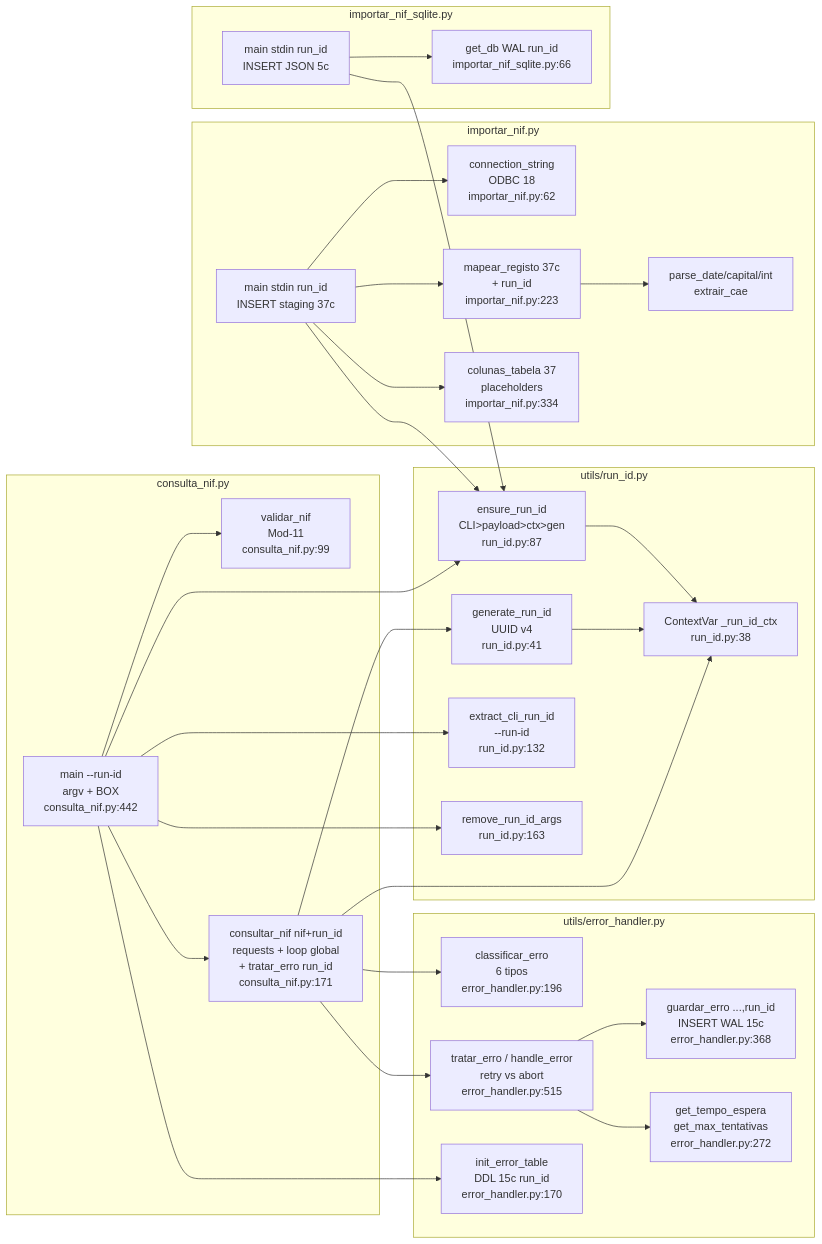
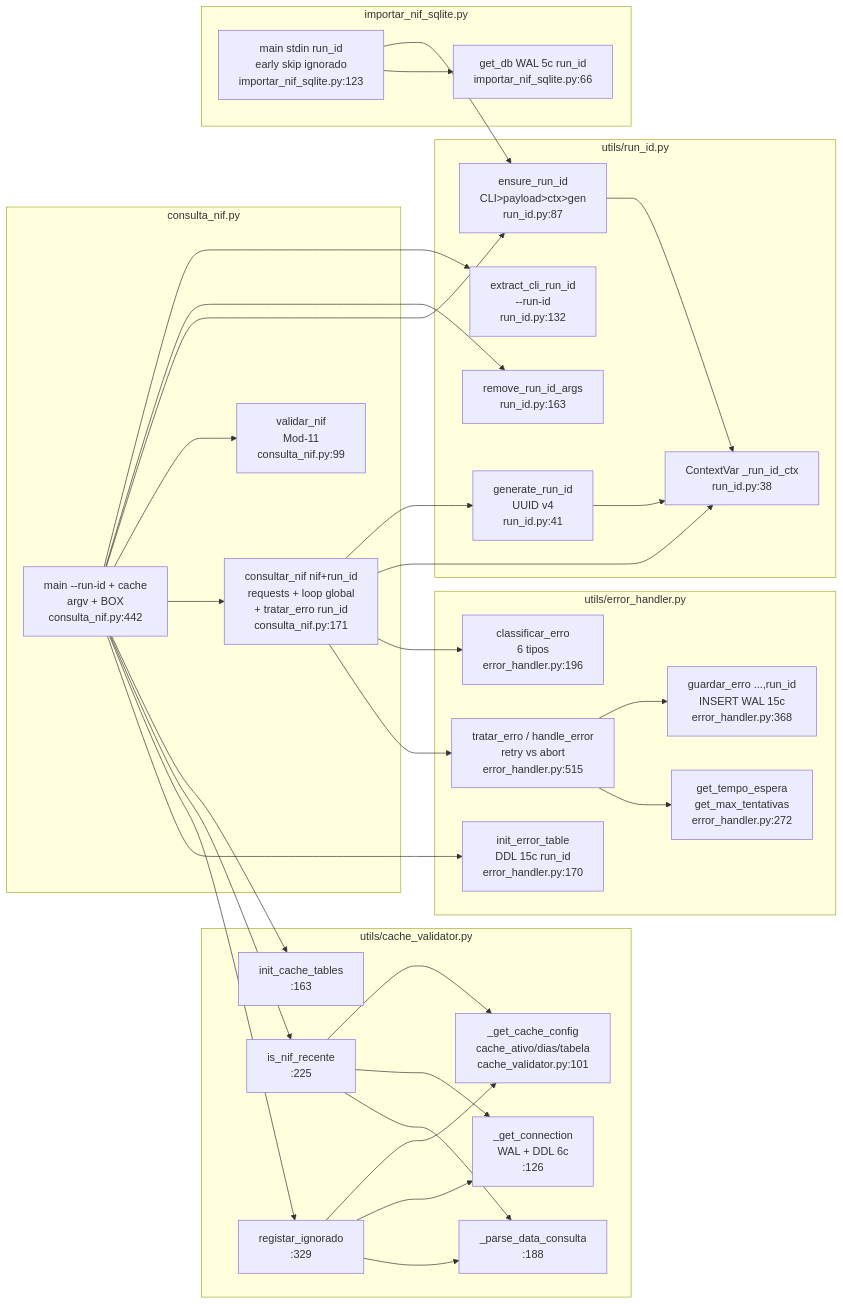
One commit to nunoetome/nif-pt changed the seventh of 7 diagrams in docs/technical.md. Above: the diagram before and after it, drawn with Mermaid. The commit also changed other lines of this file and 28 other files, not shown here.

````diff
--- a/docs/technical.md
+++ b/docs/technical.md
@@ -366,42 +375,43 @@
 ```mermaid
 graph LR
     subgraph utils/run_id.py
         GR[generate_run_id<br/>UUID v4<br/>run_id.py:41]
         ER[ensure_run_id<br/>CLI>payload>ctx>gen<br/>run_id.py:87]
         EX[extract_cli_run_id<br/>--run-id<br/>run_id.py:132]
         RM[remove_run_id_args<br/>run_id.py:163]
         CV[ContextVar _run_id_ctx<br/>run_id.py:38]
     end
+    subgraph utils/cache_validator.py
+        GC[_get_cache_config<br/>cache_ativo/dias/tabela<br/>cache_validator.py:101]
+        GD[_get_connection<br/>WAL + DDL 6c<br/>:126]
+        IT[init_cache_tables<br/>:163]
+        PC[_parse_data_consulta<br/>:188]
+        IR[is_nif_recente<br/>:225]
+        RG[registar_ignorado<br/>:329]
+    end
     subgraph consulta_nif.py
         V[validar_nif<br/>Mod-11<br/>consulta_nif.py:99]
         C[consultar_nif nif+run_id<br/>requests + loop global<br/>+ tratar_erro run_id<br/>consulta_nif.py:171]
-        M[main --run-id<br/>argv + BOX<br/>consulta_nif.py:442]
+        M[main --run-id + cache<br/>argv + BOX<br/>consulta_nif.py:442]
     end
     subgraph utils/error_handler.py
         CE[classificar_erro<br/>6 tipos<br/>error_handler.py:196]
         TE[tratar_erro / handle_error<br/>retry vs abort<br/>error_handler.py:515]
         GE[guardar_erro ...,run_id<br/>INSERT WAL 15c<br/>error_handler.py:368]
         IE[init_error_table<br/>DDL 15c run_id<br/>error_handler.py:170]
         GT[get_tempo_espera<br/>get_max_tentativas<br/>error_handler.py:272]
     end
-    subgraph importar_nif.py
-        CS[connection_string<br/>ODBC 18<br/>importar_nif.py:62]
-        MR[mapear_registo 37c<br/>+ run_id<br/>importar_nif.py:223]
-        CT[colunas_tabela 37<br/>placeholders<br/>importar_nif.py:334]
-        PD[parse_date/capital/int<br/>extrair_cae]
-        MI[main stdin run_id<br/>INSERT staging 37c]
+    subgraph importar_nif_sqlite.py
+        GDB[get_db WAL 5c run_id<br/>importar_nif_sqlite.py:66]
+        MS[main stdin run_id<br/>early skip ignorado<br/>importar_nif_sqlite.py:123]
     end
-    subgraph importar_nif_sqlite.py
-        GD[get_db WAL run_id<br/>importar_nif_sqlite.py:66]
-        MS[main stdin run_id<br/>INSERT JSON 5c]
-    end
-    M --> EX & RM & ER & V & C
+    M --> EX & RM & ER & V & C & IT & IR & RG
+    IR --> GC & GD & PC
+    RG --> GC & GD & PC
     C --> GR & CV & CE & TE
     TE --> GE & GT
     M --> IE
-    MI --> ER & MR & CS & CT
-    MR --> PD
-    MS --> ER & GD
+    MS --> ER & GDB
     GR --> CV
     ER --> CV
 ```
````
